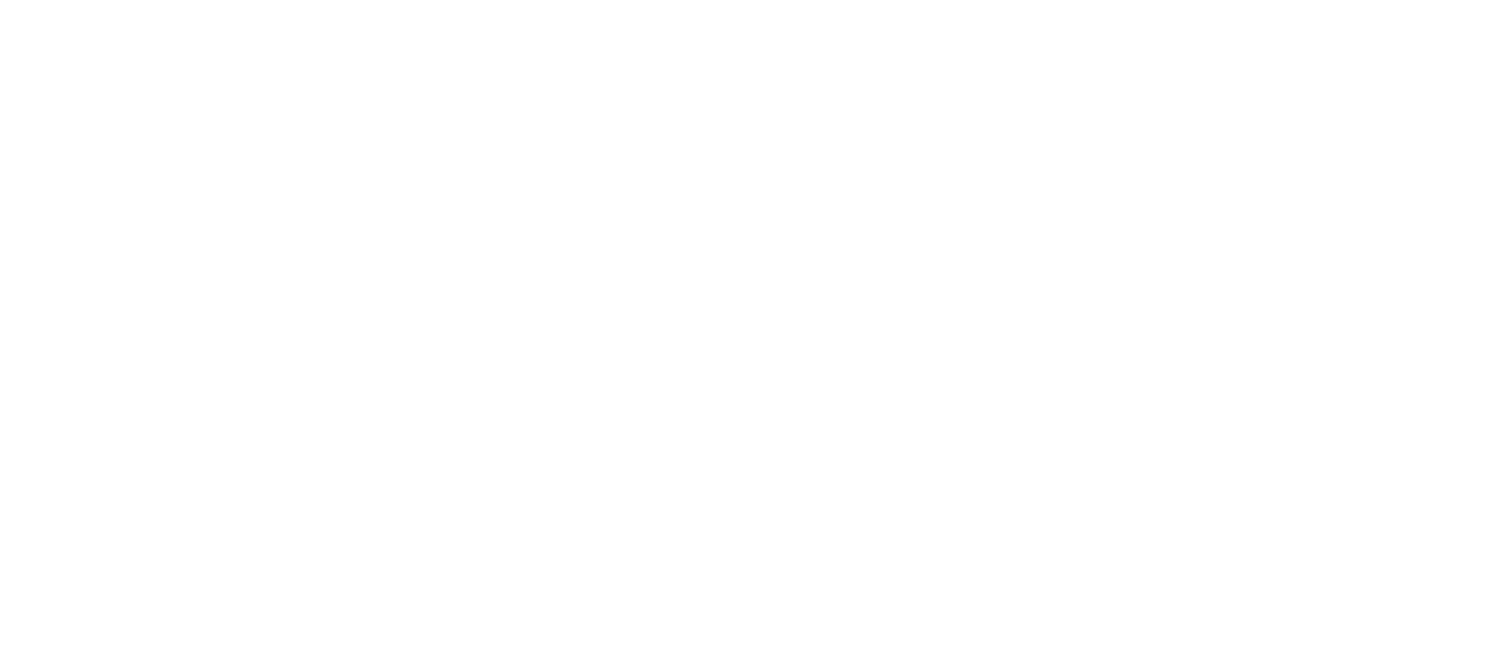
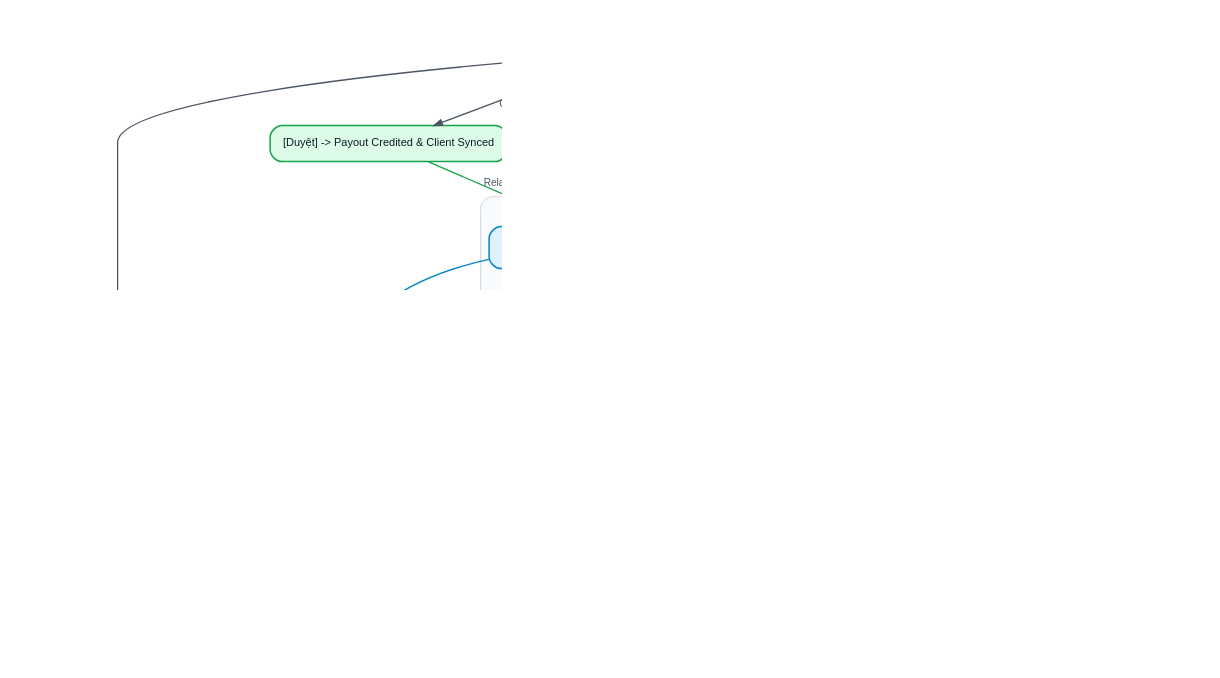
One commit to btanh3812155/survey-pipeline changed the diagram in docs/charts/06_component_5_telegram_driver_ux_moderation.dot. Above: the diagram before and after it, drawn with Graphviz. The commit also changed 10 other files, not shown here.

Commit message:
docs: re-render all 7 flowcharts with 720x2160 dual-edge bounds and ribbon protection

```diff
--- a/docs/charts/06_component_5_telegram_driver_ux_moderation.dot
+++ b/docs/charts/06_component_5_telegram_driver_ux_moderation.dot
@@ -1,48 +1,53 @@
 
 digraph G {
     graph [rankdir=TB, bgcolor="white", dpi=180, nodesep=0.35, ranksep=0.45, fontname="Helvetica, Arial, sans-serif", fontsize=13, fontcolor="#111827", pad="0.3,0.3"];
     node [fontname="Helvetica, Arial, sans-serif", fontsize=11, fontcolor="#111827", shape=box, style="rounded,filled", fillcolor="#f9fafb", color="#9ca3af", penwidth=1.5, margin="0.2,0.12"];
     edge [fontname="Helvetica, Arial, sans-serif", fontsize=10, fontcolor="#4b5563", color="#4b5563", penwidth=1.3, arrowsize=0.85];
 
-    subgraph cluster_group_hub {
-        label="1. Telegram Group Operational Hub (Drivers + Admins + Bot in Same Group)";
+    subgraph cluster_driver_flow {
+        label="1. Driver Private 1-to-1 Chat (Isolated & Privacy-Guaranteed)";
         style="rounded,filled"; fillcolor="#f8fafc"; color="#cbd5e1";
-        tg_group [label="Telegram Group Chat / Forum\n(Drivers interact with Bot; Admins monitor all activity live)", fillcolor="#e0f2fe", color="#0284c7"];
-        driver_post [label="Driver Interacts in Group:\nPosts replacement photo / taps buttons / asks bot", fillcolor="#ffffff", color="#64748b"];
-        bot_reply [label="Bot Direct Reply in Group:\nQuotes driver with specific retake guidance & inline buttons", fillcolor="#dcfce7", color="#16a34a"];
-        admin_monitor [label="Admins Live Oversight:\nAdmins see all driver uploads, tickets & bot replies in real time", fillcolor="#fef3c7", color="#d97706"];
+        driver_dm [label="Driver in Private 1-to-1 DM with Bot\n(Driver strictly sees ONLY their own chat & results)", fillcolor="#e0f2fe", color="#0284c7"];
+        bot_msg [label="Bot Rejection / Notice in DM:\nQuotes exact guidance & shows appeal button", fillcolor="#dcfce7", color="#16a34a"];
+        retake_photo [label="Driver Snaps & Sends Replacement Photo in DM\n(Patches Slot in DB & R2 -> Approved!)", fillcolor="#dcfce7", color="#16a34a"];
+        appeal_btn [label="Driver Taps Inline Button in DM:\n🙋 Yêu cầu kiểm tra lại", fillcolor="#fef3c7", color="#d97706"];
+    }
+
+    subgraph cluster_relay_group {
+        label="2. Management Group Relay & Live Supervision (All Activity Forwarded)";
+        style="rounded,filled"; fillcolor="#f8fafc"; color="#cbd5e1";
+        admin_group [label="Telegram Management / Admin Group(s)\n(Bot relays ALL driver messages, photos & bot replies live)", fillcolor="#fef3c7", color="#d97706"];
+        mod_action [label="Admins Moderate Directly in Group\n1-Click Buttons: [Duyệt] [Từ chối] [Cảnh cáo] [Đổi xe]", fillcolor="#ffffff", color="#64748b"];
     }
 
     subgraph cluster_appeal_limit {
-        label="2. Rate-Limited Appeal & Ephemeral Privacy Popups";
+        label="3. Rate-Limited Appeal & Quota Notification (Max 3 / 8h)";
         style="rounded,filled"; fillcolor="#f8fafc"; color="#cbd5e1";
-        appeal_btn [label="Driver Taps Inline Button in Group:\n🙋 Yêu cầu người thật kiểm tra lại", fillcolor="#fef3c7", color="#d97706"];
         redis_limit [label="Redis Counter Check:\nAppeals in Last 8 Hours?", shape=diamond, fillcolor="#fef3c7", color="#d97706"];
-        block_popup [label="Ephemeral Popup Alert (showAlert=True):\nBẠN ĐÃ DÙNG HẾT LƯỢT KHIẾU NẠI TRONG 8H\n(Only tapping driver sees popup; others see nothing!)", fillcolor="#fee2e2", color="#dc2626"];
-        allow_appeal [label="Allow Appeal (<= 3 in 8h):\nIncrement 8h Counter & Alert Admins in Group", fillcolor="#dcfce7", color="#16a34a"];
+        block_popup [label="Block Appeal (> 3 in 8h):\nBẠN ĐÃ DÙNG HẾT LƯỢT KHIẾU NẠI TRONG 8H\n(Driver informed of quota exhaustion)", fillcolor="#fee2e2", color="#dc2626"];
+        allow_appeal [label="Allow Appeal (<= 3 in 8h):\nIncrement 8h Counter & Forward Ticket to Management Group\n(Bot notifies: Còn X/3 lượt trong 8h)", fillcolor="#dcfce7", color="#16a34a"];
     }
 
-    subgraph cluster_admin_controls {
-        label="3. Admin Live Moderation & Dispatch Controls";
-        style="rounded,filled"; fillcolor="#f8fafc"; color="#cbd5e1";
-        mod_action [label="Admins Moderate Directly in Group\n1-Click Buttons: [Duyệt] [Từ chối] [Cảnh cáo]", fillcolor="#ffffff", color="#64748b"];
-        mod_dispatch [label="Admin Action Choice", shape=diamond, fillcolor="#fef3c7", color="#d97706"];
-        action_approve [label="Force Approve:\nPatch status=APPROVED -> Credit payout & sync client", fillcolor="#dcfce7", color="#16a34a"];
-        action_reject [label="Confirm Reject:\nBot informs driver with reason code in group thread", fillcolor="#fee2e2", color="#dc2626"];
-        action_warn [label="Formal Warning:\nBot issues compliance warning to driver", fillcolor="#fee2e2", color="#dc2626"];
-    }
-
-    tg_group -> driver_post -> bot_reply;
-    tg_group -> admin_monitor;
-    bot_reply -> appeal_btn -> redis_limit;
+    driver_dm -> bot_msg;
+    bot_msg -> retake_photo;
+    bot_msg -> appeal_btn -> redis_limit;
     redis_limit -> block_popup [label="> 3 Appeals"];
     redis_limit -> allow_appeal [label="<= 3 Appeals"];
-    allow_appeal -> mod_action;
+    allow_appeal -> admin_group;
+    driver_dm -> admin_group [label="Bot Relays All Activity", color="#0284c7"];
+    bot_msg -> admin_group [label="Bot Relays All Activity", color="#0284c7"];
+    admin_group -> mod_action;
+    mod_dispatch [label="Admin Action Choice", shape=diamond, fillcolor="#fef3c7", color="#d97706"];
+    action_approve [label="[Duyệt] -> Payout Credited & Client Synced", fillcolor="#dcfce7", color="#16a34a"];
+    action_reject [label="[Từ chối] -> Rejection Confirmed", fillcolor="#fee2e2", color="#dc2626"];
+    action_warn [label="[Cảnh cáo] -> Warning Dispatched", fillcolor="#fee2e2", color="#dc2626"];
+    action_change [label="[Đổi xe] -> Update Persistent Vehicle Plate & Audit", fillcolor="#ede9fe", color="#7c3aed"];
 
     mod_action -> mod_dispatch;
-    mod_dispatch -> action_approve [label="[Duyệt]"];
-    mod_dispatch -> action_reject [label="[Từ chối]"];
-    mod_dispatch -> action_warn [label="[Cảnh cáo]"];
-    action_approve -> bot_reply;
-    action_reject -> bot_reply;
+    mod_dispatch -> action_approve [label="Click Duyệt"];
+    mod_dispatch -> action_reject [label="Click Từ chối"];
+    mod_dispatch -> action_warn [label="Click Cảnh cáo"];
+    mod_dispatch -> action_change [label="Click Đổi xe"];
+    action_approve -> driver_dm [label="Relayed to Driver DM", color="#16a34a"];
+    action_reject -> driver_dm [label="Relayed to Driver DM", color="#dc2626"];
 }
```
